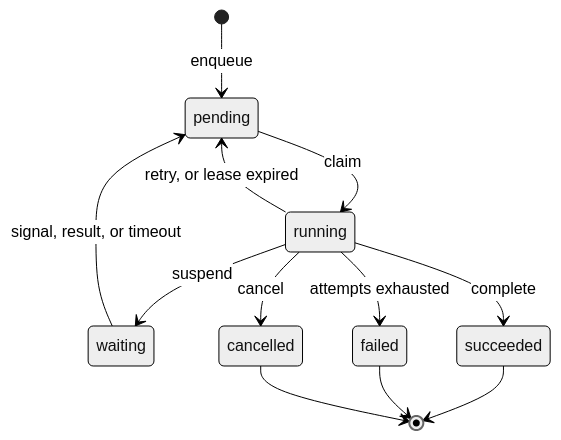
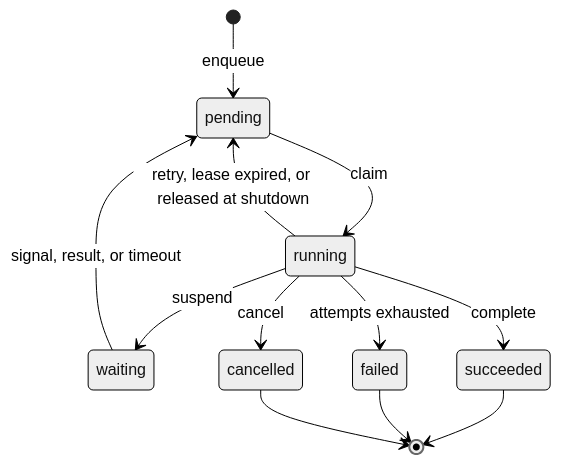
Before and after one commit to Kludex/pgtask: the diagram in docs/architecture/task-lifecycle.md, drawn with Mermaid (neutral theme). The commit also changed other lines of this file and 16 other files, not shown here.

````diff
--- a/docs/architecture/task-lifecycle.md
+++ b/docs/architecture/task-lifecycle.md
@@ -10,14 +10,14 @@
 ```mermaid
 stateDiagram-v2
     [*] --> pending: enqueue
     pending --> running: claim
     running --> waiting: suspend
     waiting --> pending: signal, result, or timeout
-    running --> pending: retry, or lease expired
+    running --> pending: retry, lease expired, or released at shutdown
     running --> succeeded: complete
     running --> failed: attempts exhausted
     running --> cancelled: cancel
     succeeded --> [*]
     failed --> [*]
     cancelled --> [*]
 ```
````
